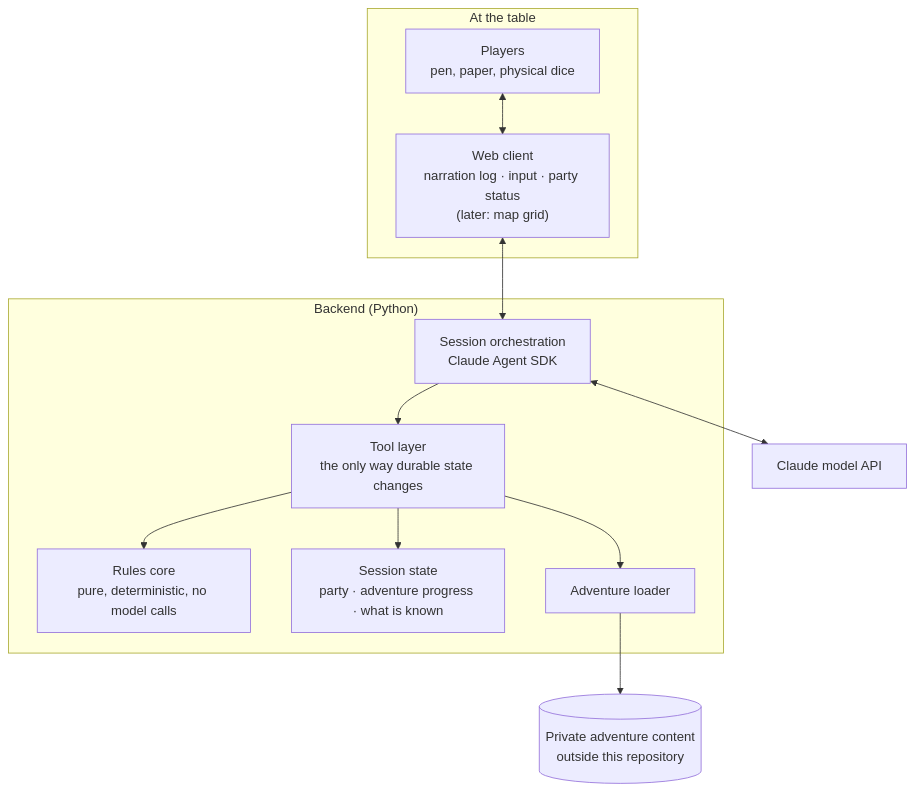
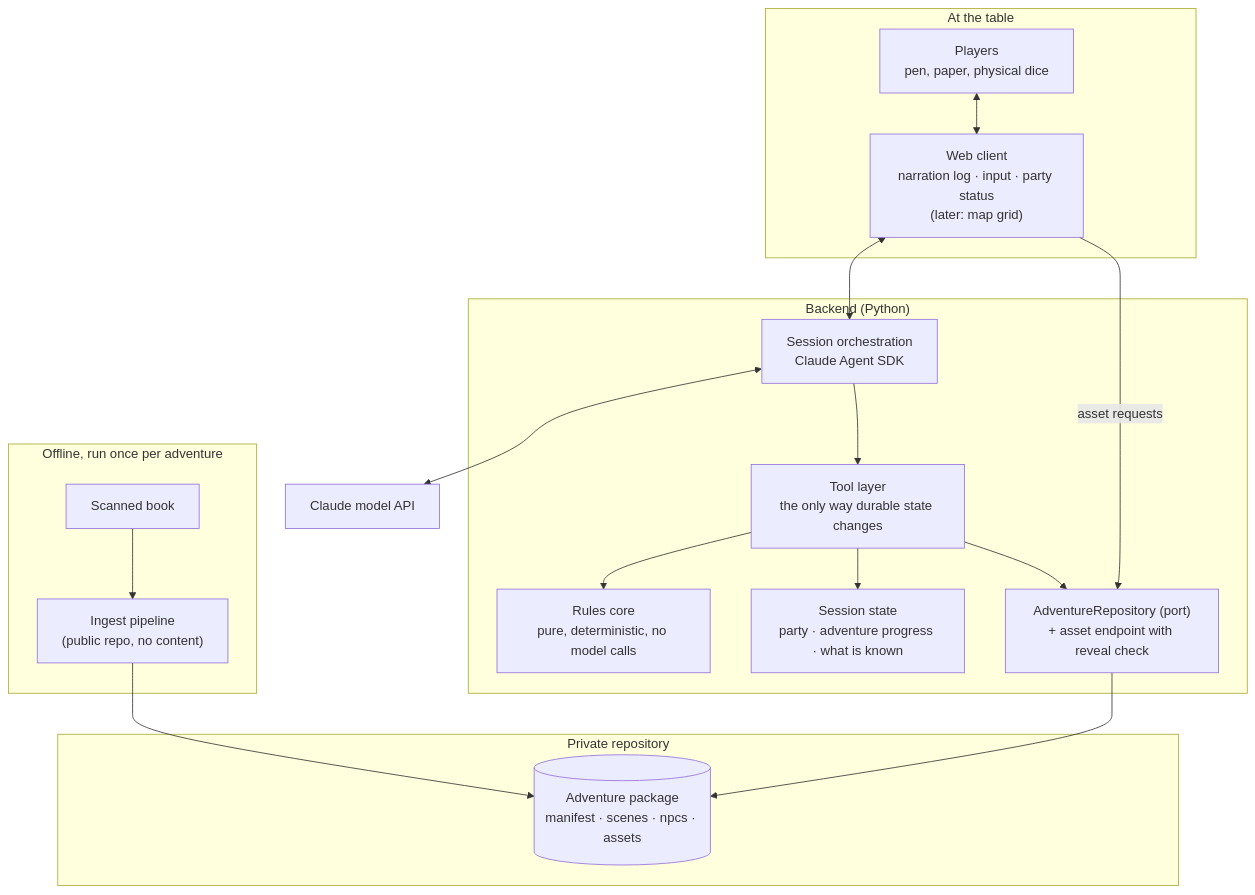
The diagram in docs/architecture.md (nicoschmidt/dnd-ai-dungeon-master), drawn with Mermaid before and after one commit. The commit also changed other lines of this file and 2 other files, not shown here.

First line of the commit message:
docs: accept ADR-0003 (adventure content separation)

````diff
--- a/docs/architecture.md
+++ b/docs/architecture.md
@@ -15,27 +15,36 @@
 ```mermaid
 flowchart TD
     subgraph table["At the table"]
         players["Players<br/>pen, paper, physical dice"]
         client["Web client<br/>narration log · input · party status<br/>(later: map grid)"]
     end
 
     subgraph backend["Backend (Python)"]
         orch["Session orchestration<br/>Claude Agent SDK"]
         tools["Tool layer<br/>the only way durable state changes"]
         rules["Rules core<br/>pure, deterministic, no model calls"]
         state["Session state<br/>party · adventure progress · what is known"]
-        loader["Adventure loader"]
+        repo["AdventureRepository (port)<br/>+ asset endpoint with reveal check"]
     end
 
     model["Claude model API"]
-    content[("Private adventure content<br/>outside this repository")]
+
+    subgraph private["Private repository"]
+        content[("Adventure package<br/>manifest · scenes · npcs · assets")]
+    end
+
+    subgraph offline["Offline, run once per adventure"]
+        book["Scanned book"] --> pipeline["Ingest pipeline<br/>(public repo, no content)"]
+        pipeline --> content
+    end
 
     players <--> client
     client <--> orch
+    client -->|"asset requests"| repo
     orch <--> model
     orch --> tools
     tools --> rules
     tools --> state
-    tools --> loader
-    loader --> content
+    tools --> repo
+    repo --> content
 ```
````
